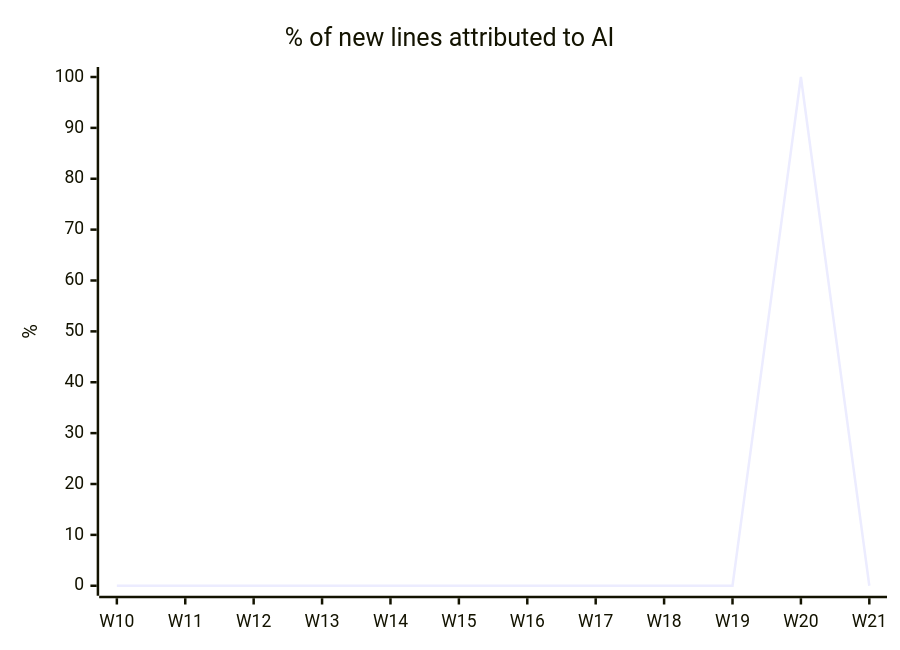
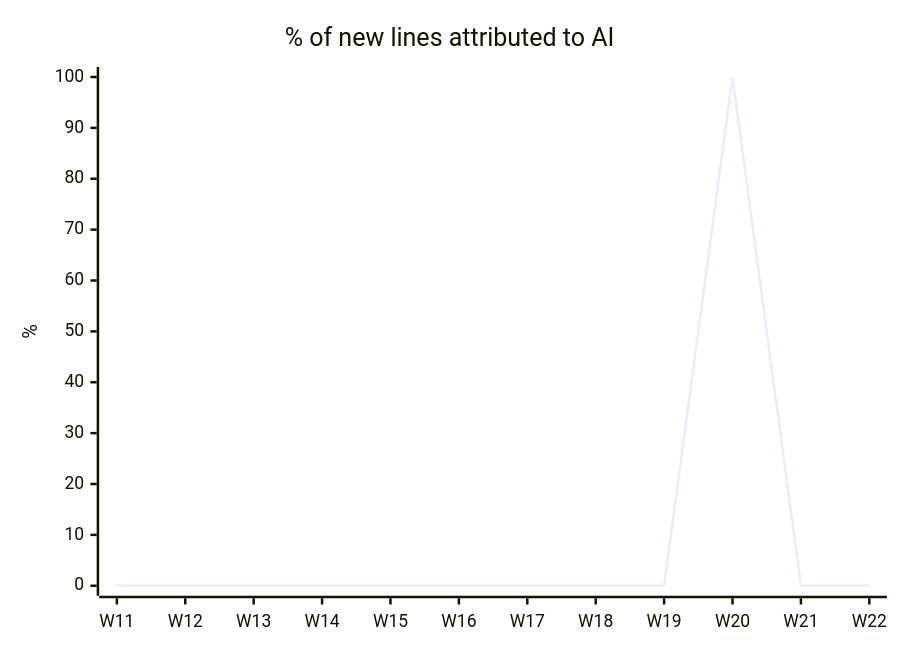
One commit to fromwaydowntown/ai-use changed the first of 4 diagrams in docs/AI_USAGE.md. Above: the diagram before and after it, drawn with Mermaid. The commit also changed other lines of this file, not shown here.

````diff
--- a/docs/AI_USAGE.md
+++ b/docs/AI_USAGE.md
@@ -17,7 +17,7 @@
 ```mermaid
 xychart-beta
     title "% of new lines attributed to AI"
-    x-axis ["W10", "W11", "W12", "W13", "W14", "W15", "W16", "W17", "W18", "W19", "W20", "W21"]
+    x-axis ["W11", "W12", "W13", "W14", "W15", "W16", "W17", "W18", "W19", "W20", "W21", "W22"]
     y-axis "%" 0 --> 100
-    line [0, 0, 0, 0, 0, 0, 0, 0, 0, 0, 100, 0]
+    line [0, 0, 0, 0, 0, 0, 0, 0, 0, 100, 0, 0]
 ```
````
